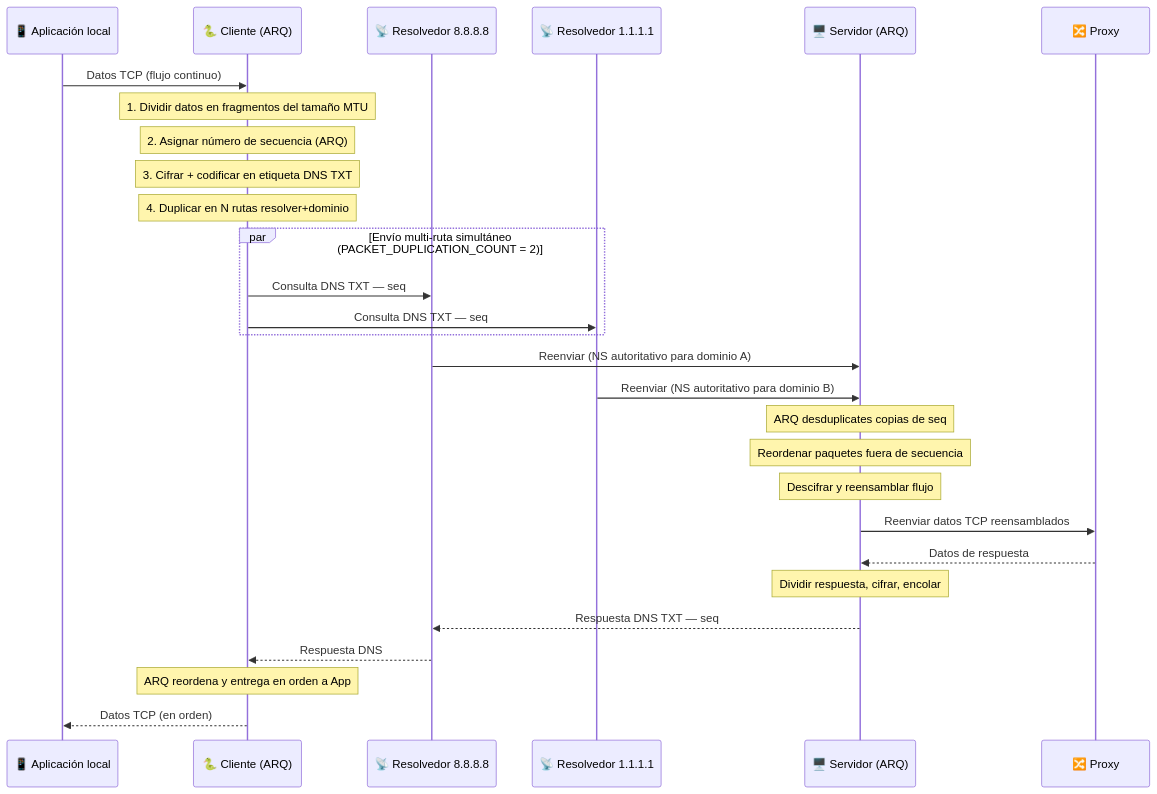
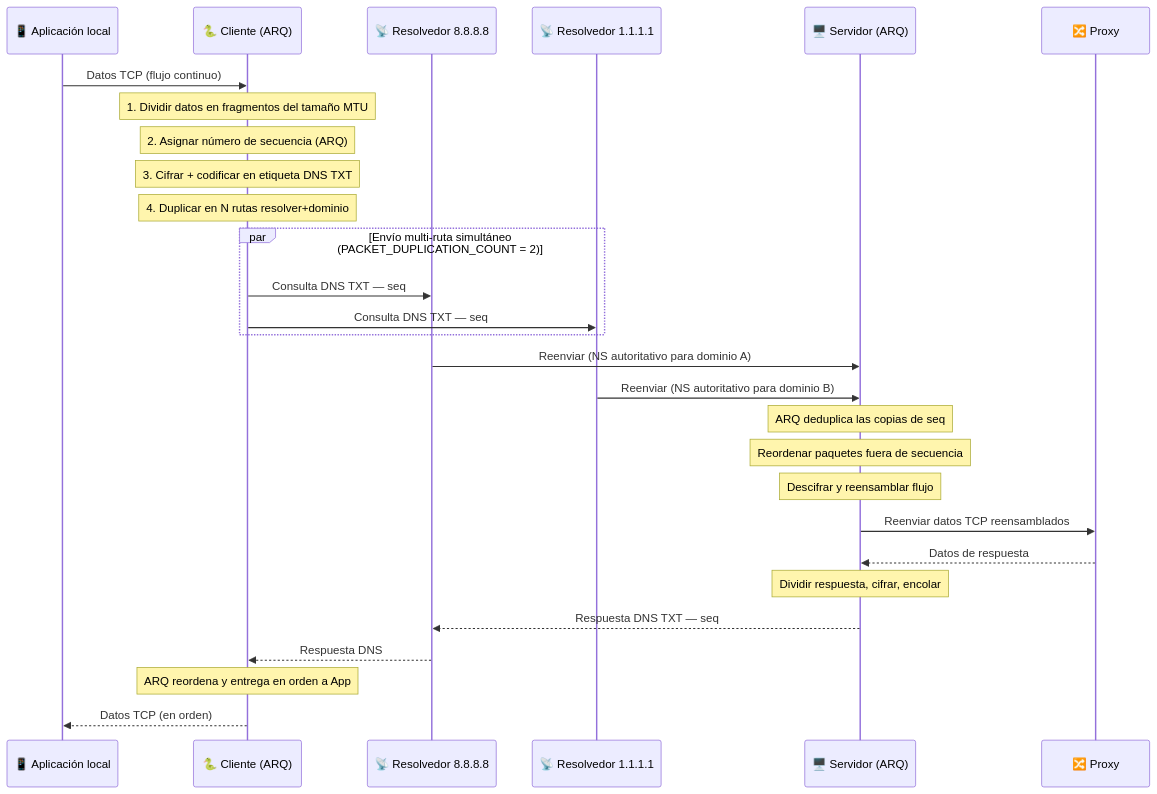
One commit to masterking32/MasterDnsVPN changed the second of 2 diagrams in README_ES.MD. Above: the diagram before and after it, drawn with Mermaid. The commit also changed other lines of this file and 2 other files, not shown here.

Commit message:
docs: add server download links and fix README issues in all three languages

````diff
--- a/README_ES.MD
+++ b/README_ES.MD
@@ -193,40 +203,40 @@
 ```mermaid
 sequenceDiagram
     participant App as 📱 Aplicación local
     participant Client as 🐍 Cliente (ARQ)
     participant DNS1 as 📡 Resolvedor 8.8.8.8
     participant DNS2 as 📡 Resolvedor 1.1.1.1
     participant Server as 🖥️ Servidor (ARQ)
     participant Proxy as 🔀 Proxy
 
     App->>Client: Datos TCP (flujo continuo)
 
     Note over Client: 1. Dividir datos en fragmentos del tamaño MTU
     Note over Client: 2. Asignar número de secuencia (ARQ)
     Note over Client: 3. Cifrar + codificar en etiqueta DNS TXT
     Note over Client: 4. Duplicar en N rutas resolver+dominio
 
     par Envío multi-ruta simultáneo (PACKET_DUPLICATION_COUNT = 2)
         Client->>DNS1: Consulta DNS TXT — seq#5 — dominio A
         Client->>DNS2: Consulta DNS TXT — seq#5 — dominio B
     end
 
     DNS1->>Server: Reenviar (NS autoritativo para dominio A)
     DNS2->>Server: Reenviar (NS autoritativo para dominio B)
 
-    Note over Server: ARQ desduplicates copias de seq#5
+    Note over Server: ARQ deduplica las copias de seq#5
     Note over Server: Reordenar paquetes fuera de secuencia
     Note over Server: Descifrar y reensamblar flujo
 
     Server->>Proxy: Reenviar datos TCP reensamblados
     Proxy-->>Server: Datos de respuesta
 
     Note over Server: Dividir respuesta, cifrar, encolar
 
     Server-->>DNS1: Respuesta DNS TXT — seq#5 ack + datos
     DNS1-->>Client: Respuesta DNS
 
     Note over Client: ARQ reordena y entrega en orden a App
 
     Client-->>App: Datos TCP (en orden)
 ```
````
